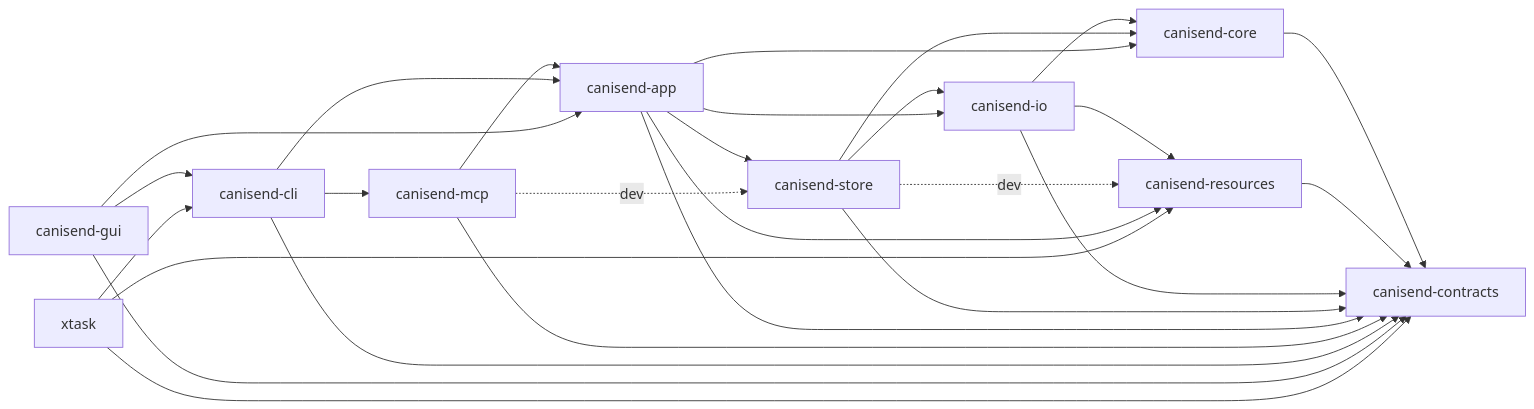
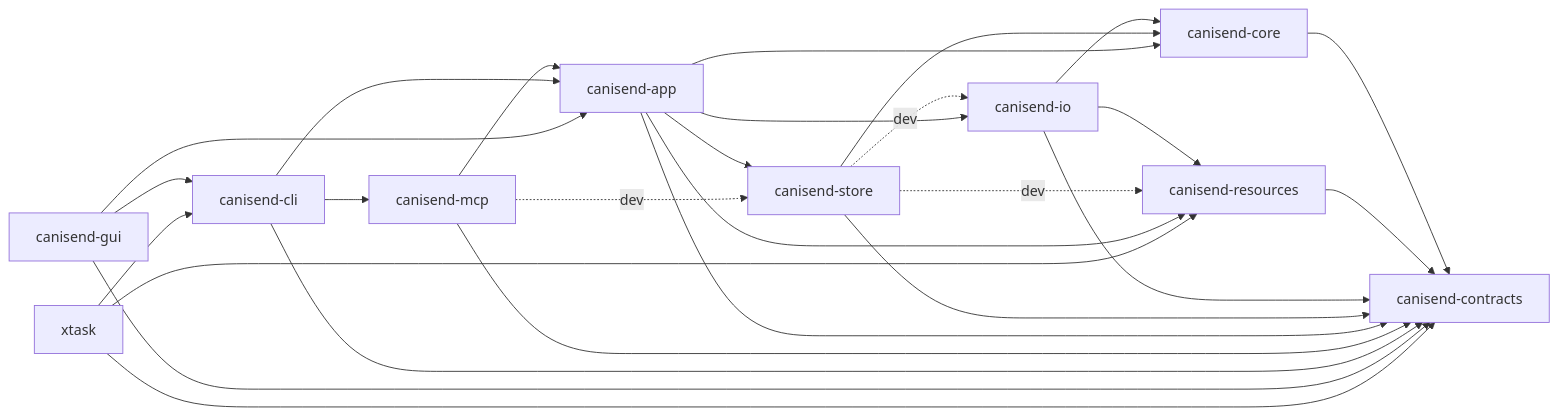
Before and after one commit to jxpeng98/CanISend: the first of 2 diagrams in docs/architecture/rust-native/decisions/0019-current-product-graph.md, drawn with Mermaid. The commit also changed other lines of this file and 33 other files, not shown here.

First line of the commit message:
refactor(architecture): decouple store rendering from io

````diff
--- a/docs/architecture/rust-native/decisions/0019-current-product-graph.md
+++ b/docs/architecture/rust-native/decisions/0019-current-product-graph.md
@@ -52,40 +52,40 @@
 ```mermaid
 flowchart LR
     contracts["canisend-contracts"]
     core["canisend-core"]
     resources["canisend-resources"]
     io["canisend-io"]
     store["canisend-store"]
     app["canisend-app"]
     mcp["canisend-mcp"]
     cli["canisend-cli"]
     gui["canisend-gui"]
     xtask["xtask"]
 
     core --> contracts
     resources --> contracts
     io --> contracts
     io --> core
     io --> resources
     store --> contracts
     store --> core
-    store --> io
+    store -. dev .-> io
     store -. dev .-> resources
     app --> contracts
     app --> core
     app --> io
     app --> resources
     app --> store
     mcp --> app
     mcp --> contracts
     mcp -. dev .-> store
     cli --> app
     cli --> contracts
     cli --> mcp
     gui --> app
     gui --> cli
     gui --> contracts
     xtask --> cli
     xtask --> contracts
     xtask --> resources
 ```
````
